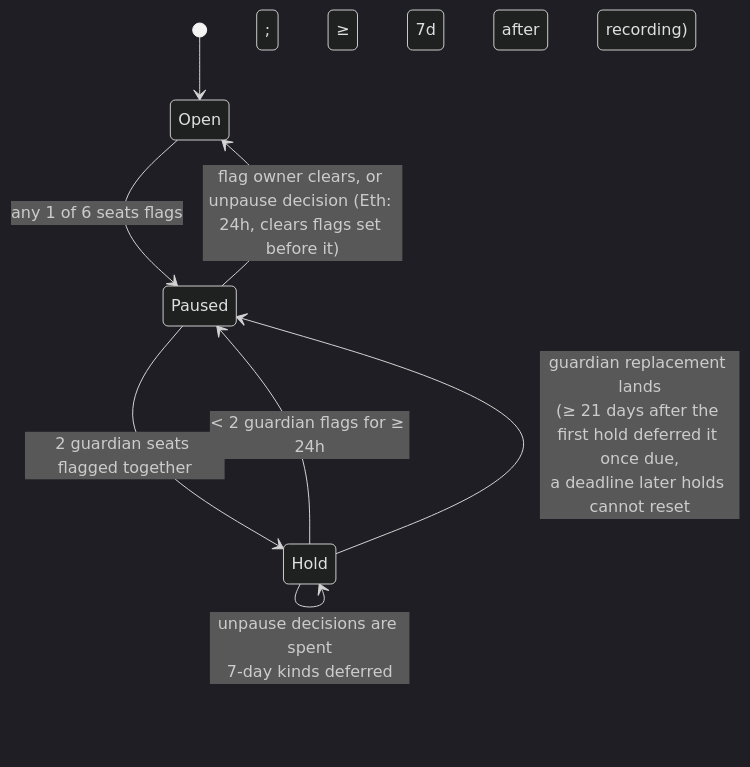
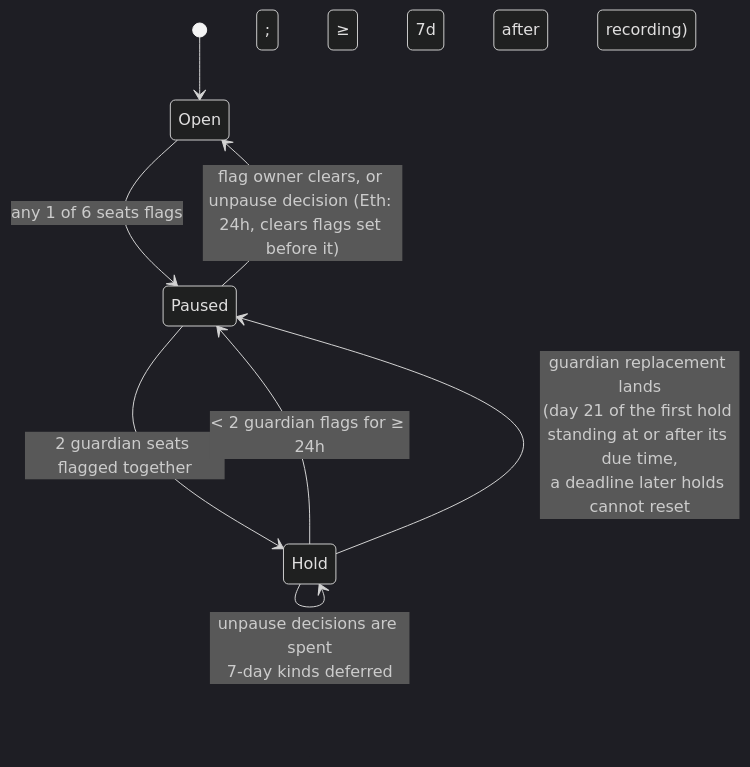
Before and after one commit to gnolang/gno: the eighth of 13 diagrams in gno.land/adr/pr6375_ibc_ethereum.md, drawn with Mermaid (dark theme). The commit also changed other lines of this file, not shown here.

First line of the commit message:
docs(adr): record built status of recording refusals, pre-binding rules, recovery checks and build verification

````diff
--- a/gno.land/adr/pr6375_ibc_ethereum.md
+++ b/gno.land/adr/pr6375_ibc_ethereum.md
@@ -668,10 +669,10 @@
 ```mermaid
 stateDiagram-v2
   [*] --> Open
   Open --> Paused: any 1 of 6 seats flags
   Paused --> Open: flag owner clears, or unpause decision (Eth: 24h, clears flags set before it)
   Paused --> Hold: 2 guardian seats flagged together
   Hold --> Paused: < 2 guardian flags for ≥ 24h
   Hold --> Hold: unpause decisions are spent<br/>7-day kinds deferred
-  Hold --> Paused: guardian replacement lands<br/>(≥ 21 days after the first hold deferred it once due,<br/>a deadline later holds cannot reset; ≥ 7d after recording)
+  Hold --> Paused: guardian replacement lands<br/>(day 21 of the first hold standing at or after its due time,<br/>a deadline later holds cannot reset; ≥ 7d after recording)
 ```
````
